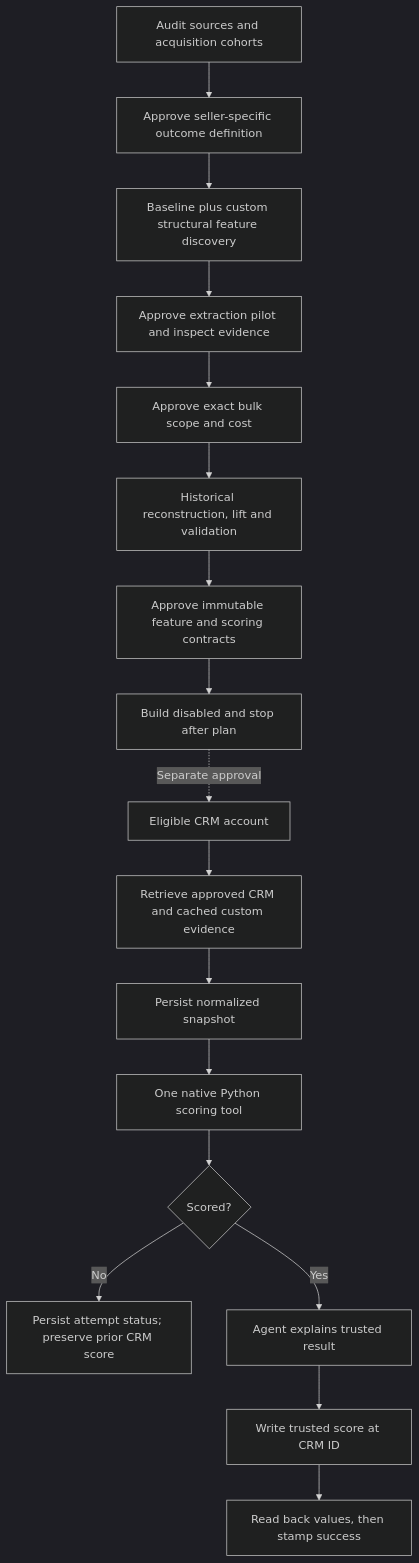
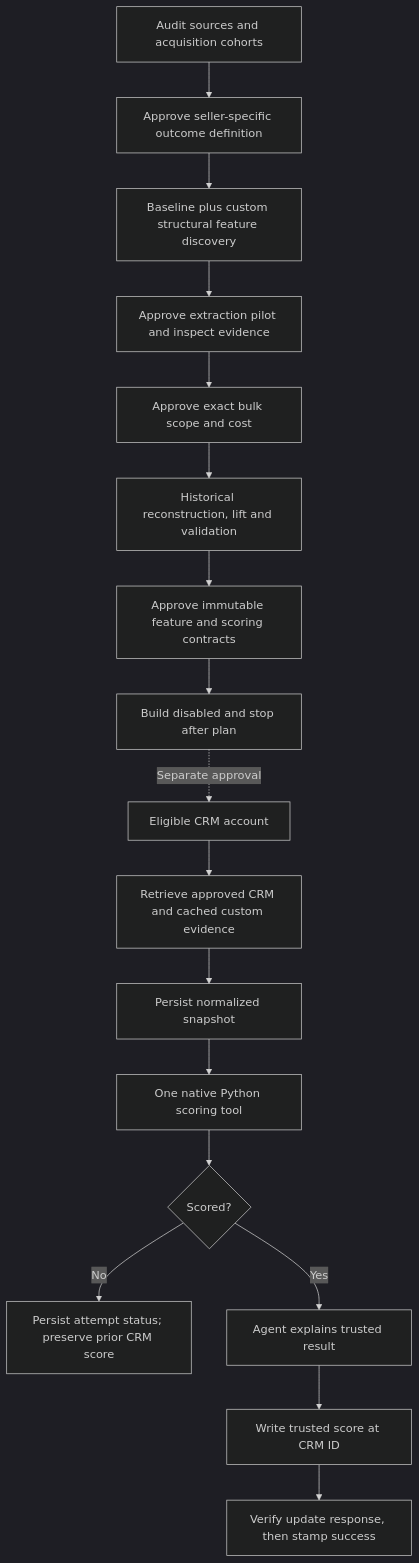
One commit to getcargohq/gtm-skills changed the diagram in account-scoring/README.md. Above: the diagram before and after it, drawn with Mermaid (dark theme). The commit also changed other lines of this file and 17 other files, not shown here.

````diff
--- a/account-scoring/README.md
+++ b/account-scoring/README.md
@@ -12,19 +12,19 @@
 ```mermaid
 flowchart TD
   audit[Audit sources and acquisition cohorts] --> outcome[Approve seller-specific outcome definition]
   outcome --> discover[Baseline plus custom structural feature discovery]
   discover --> pilot[Approve extraction pilot and inspect evidence]
   pilot --> bulk[Approve exact bulk scope and cost]
   bulk --> validate[Historical reconstruction, lift and validation]
   validate --> contract[Approve immutable feature and scoring contracts]
   contract --> plan[Build disabled and stop after plan]
   plan -. Separate approval .-> live[Eligible CRM account]
   live --> evidence[Retrieve approved CRM and cached custom evidence]
   evidence --> snapshot[Persist normalized snapshot]
   snapshot --> python[One native Python scoring tool]
   python --> status{Scored?}
   status -->|No| preserve[Persist attempt status; preserve prior CRM score]
   status -->|Yes| explain[Agent explains trusted result]
   explain --> write[Write trusted score at CRM ID]
-  write --> verify[Read back values, then stamp success]
+  write --> verify[Verify update response, then stamp success]
 ```
````
